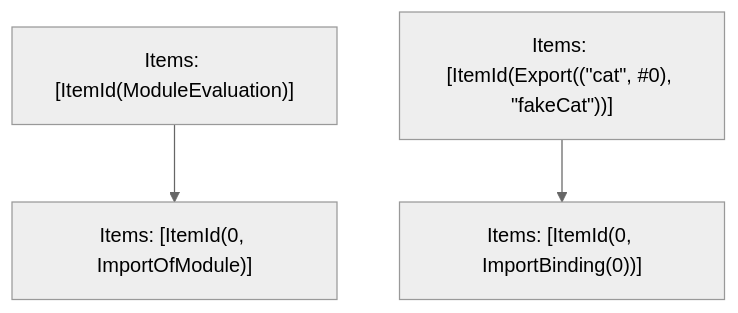
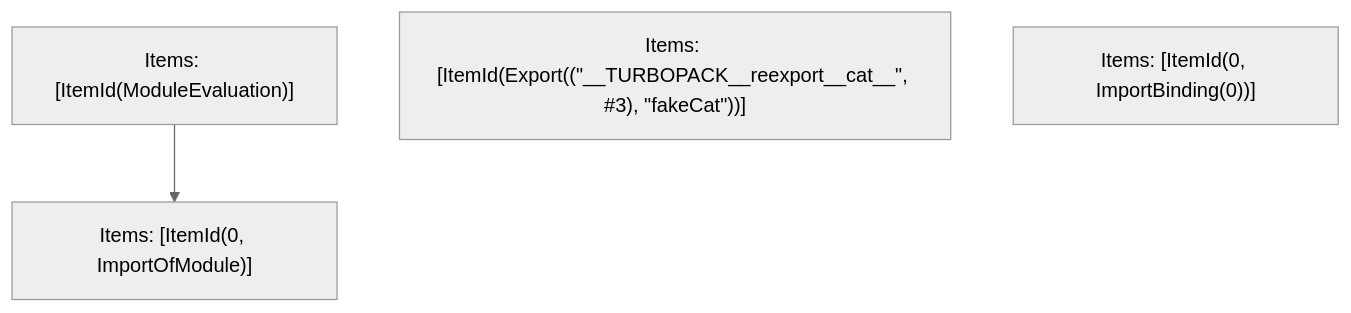
Before and after one commit to phidol/next.js: the fifth of 5 diagrams in turbopack/crates/turbopack-ecmascript/tests/tree-shaker/analyzer/export-named/output.md, drawn with Mermaid (neutral theme). The commit also changed other lines of this file and 64 other files, not shown here.

````diff
--- a/turbopack/crates/turbopack-ecmascript/tests/tree-shaker/analyzer/export-named/output.md
+++ b/turbopack/crates/turbopack-ecmascript/tests/tree-shaker/analyzer/export-named/output.md
@@ -70,9 +70,8 @@
 ```mermaid
 graph TD
     N0["Items: [ItemId(0, ImportOfModule)]"];
     N1["Items: [ItemId(ModuleEvaluation)]"];
-    N2["Items: [ItemId(0, ImportBinding(0))]"];
-    N3["Items: [ItemId(Export((&quot;cat&quot;, #0), &quot;fakeCat&quot;))]"];
-    N3 --> N2;
+    N2["Items: [ItemId(Export((&quot;__TURBOPACK__reexport__cat__&quot;, #3), &quot;fakeCat&quot;))]"];
+    N3["Items: [ItemId(0, ImportBinding(0))]"];
     N1 --> N0;
 ```
````
